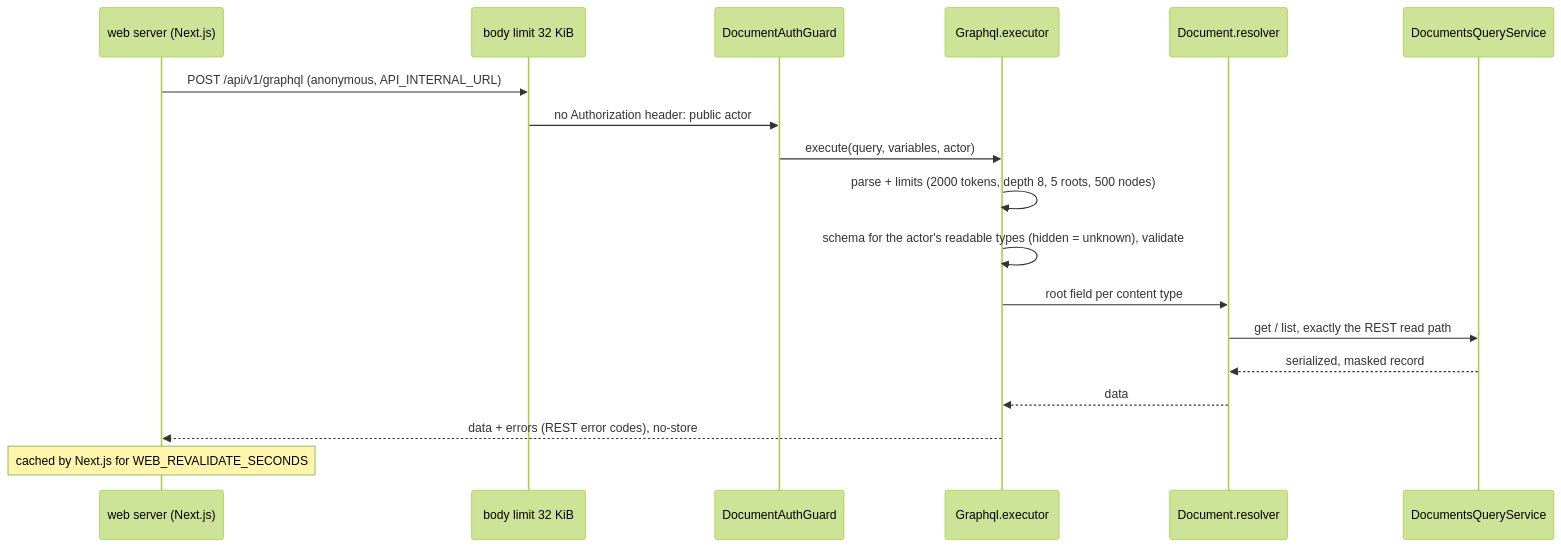
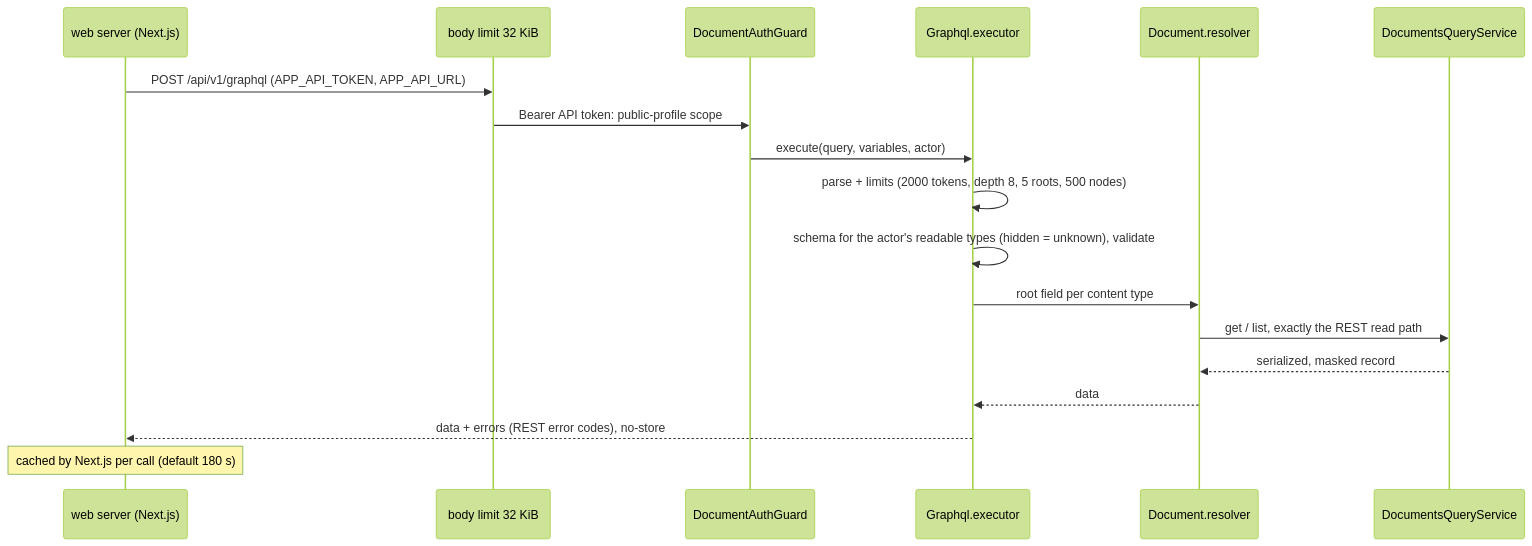
The diagram in docs/flows/public-site/FLOW.md (hungnh1812dev/project-me), drawn with Mermaid (forest theme) before and after one commit. The commit also changed other lines of this file and 8 other files, not shown here.

Commit message:
docs(web): document content API reads and fallbacks

````diff
--- a/docs/flows/public-site/FLOW.md
+++ b/docs/flows/public-site/FLOW.md
@@ -24,20 +24,20 @@
 ```mermaid
 sequenceDiagram
   participant W as web server (Next.js)
   participant M as body limit 32 KiB
   participant DA as DocumentAuthGuard
   participant X as Graphql.executor
   participant RS as Document.resolver
   participant Q as DocumentsQueryService
-  W->>M: POST /api/v1/graphql (anonymous, API_INTERNAL_URL)
-  M->>DA: no Authorization header: public actor
+  W->>M: POST /api/v1/graphql (APP_API_TOKEN, APP_API_URL)
+  M->>DA: Bearer API token: public-profile scope
   DA->>X: execute(query, variables, actor)
   X->>X: parse + limits (2000 tokens, depth 8, 5 roots, 500 nodes)
   X->>X: schema for the actor's readable types (hidden = unknown), validate
   X->>RS: root field per content type
   RS->>Q: get / list, exactly the REST read path
   Q-->>RS: serialized, masked record
   RS-->>X: data
   X-->>W: data + errors (REST error codes), no-store
-  Note over W: cached by Next.js for WEB_REVALIDATE_SECONDS
+  Note over W: cached by Next.js per call (default 180 s)
 ```
````
